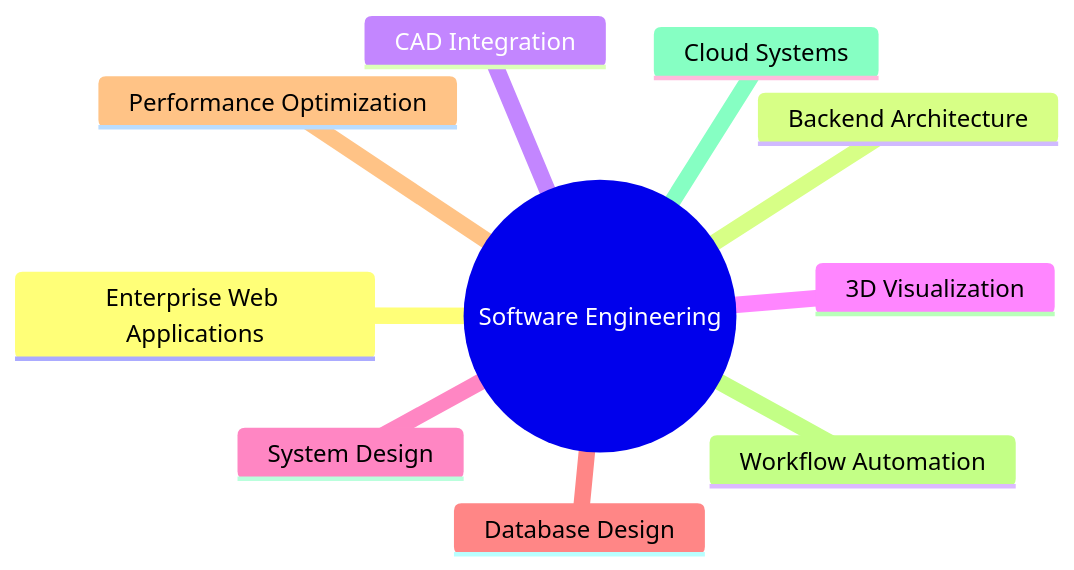
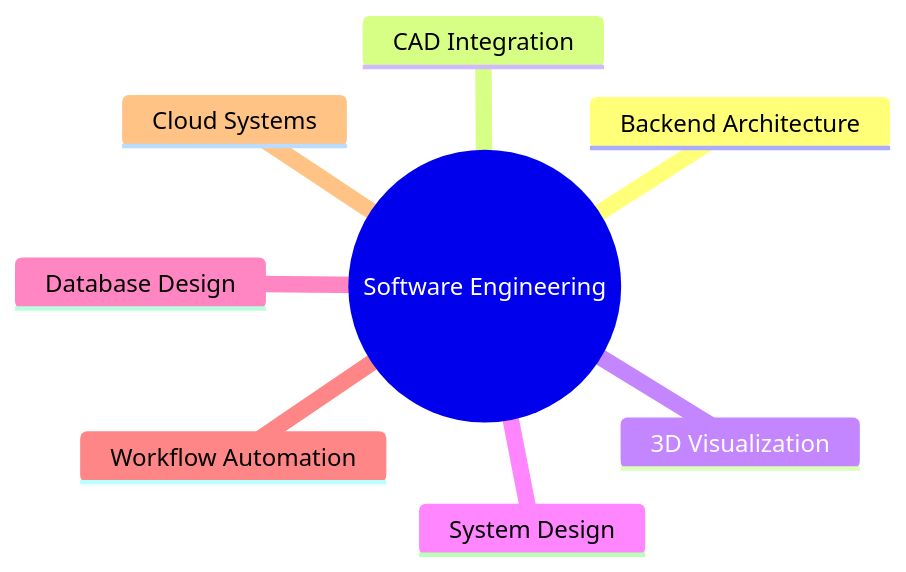
Before and after one commit to mehul-0/mehul-0: the diagram in README.md, drawn with Mermaid.

````diff
--- a/README.md
+++ b/README.md
@@ -94,13 +94,11 @@
 ```mermaid
 mindmap
   root((Software Engineering))
-    Enterprise Web Applications
     Backend Architecture
     CAD Integration
     3D Visualization
     System Design
     Database Design
-    Performance Optimization
     Workflow Automation
     Cloud Systems
 ```
````
